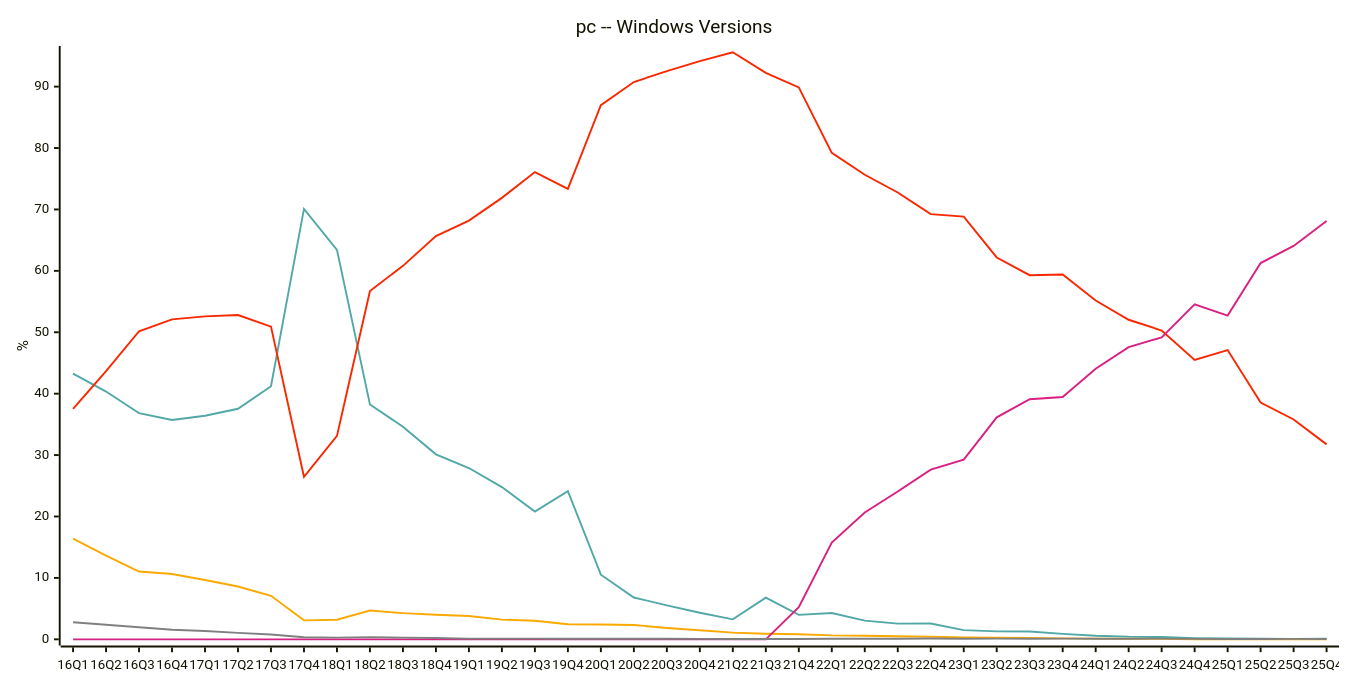
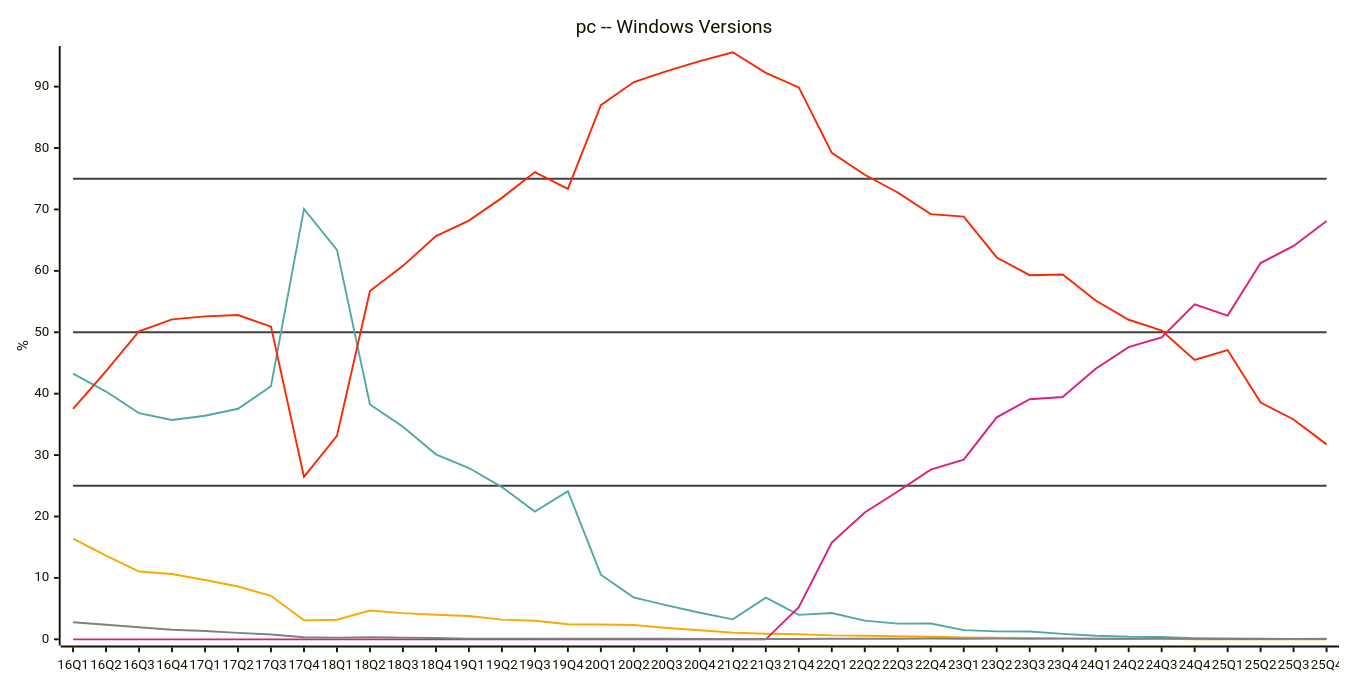
Diagram 13 of 29 in README.md (jdegene/steamHWsurvey), drawn with Mermaid before and after one commit. The commit also changed other lines of this file and 1 other file, not shown here.

````diff
--- a/README.md
+++ b/README.md
@@ -410,23 +413,26 @@
 ```mermaid
 ---
 config:
     xyChart:
         width: 1400
         height: 700
         
     themeVariables:
         xyChart:
-            plotColorPalette: "#51a8a6,#f9a900,#f92800,#d92080,#808080"
+            plotColorPalette: "#404040,#404040,#404040,#51a8a6,#f9a900,#f92800,#d92080,#808080"
 
 --- 
 
 xychart-beta
     title "pc -- Windows Versions"
     x-axis [16Q1, 16Q2, 16Q3, 16Q4, 17Q1, 17Q2, 17Q3, 17Q4, 18Q1, 18Q2, 18Q3, 18Q4, 19Q1, 19Q2, 19Q3, 19Q4, 20Q1, 20Q2, 20Q3, 20Q4, 21Q2, 21Q3, 21Q4, 22Q1, 22Q2, 22Q3, 22Q4, 23Q1, 23Q2, 23Q3, 23Q4, 24Q1, 24Q2, 24Q3, 24Q4, 25Q1, 25Q2, 25Q3, 25Q4]
     y-axis "%" 
+ line [25, 25, 25, 25, 25, 25, 25, 25, 25, 25, 25, 25, 25, 25, 25, 25, 25, 25, 25, 25, 25, 25, 25, 25, 25, 25, 25, 25, 25, 25, 25, 25, 25, 25, 25, 25, 25, 25, 25]
+ line [50, 50, 50, 50, 50, 50, 50, 50, 50, 50, 50, 50, 50, 50, 50, 50, 50, 50, 50, 50, 50, 50, 50, 50, 50, 50, 50, 50, 50, 50, 50, 50, 50, 50, 50, 50, 50, 50, 50]
+ line [75, 75, 75, 75, 75, 75, 75, 75, 75, 75, 75, 75, 75, 75, 75, 75, 75, 75, 75, 75, 75, 75, 75, 75, 75, 75, 75, 75, 75, 75, 75, 75, 75, 75, 75, 75, 75, 75, 75]
     line [43.27, 40.343333333333334, 36.843333333333334, 35.709999999999994, 36.405, 37.54666666666667, 41.20333333333333, 70.09666666666666, 63.416666666666664, 38.235, 34.63, 30.119999999999997, 27.889999999999997, 24.795, 20.8, 24.11, 10.525, 6.81, 5.54, 4.32, 3.256666666666667, 6.79, 3.9849999999999994, 4.2749999999999995, 3.043333333333333, 2.5533333333333337, 2.58, 1.4966666666666668, 1.2900000000000003, 1.2766666666666668, 0.8833333333333334, 0.5833333333333334, 0.42, 0.3766666666666667, 0.2033333333333333, 0.12333333333333335, 0.10666666666666665, 0.07666666666666667, 0.095]
     line [16.403333333333332, 13.63, 11.043333333333333, 10.636666666666667, 9.665, 8.600000000000001, 7.086666666666668, 3.093333333333333, 3.1933333333333334, 4.68, 4.266666666666667, 3.9966666666666666, 3.8033333333333337, 3.2100000000000004, 3.013333333333333, 2.46, 2.405, 2.3433333333333333, 1.8549999999999998, 1.4700000000000002, 1.0833333333333335, 0.8999999999999999, 0.835, 0.6399999999999999, 0.5766666666666667, 0.5033333333333333, 0.4266666666666666, 0.32, 0.27499999999999997, 0.22, 0.15666666666666668, 0.10666666666666665, 0.08333333333333334, 0.075, 0, 0, 0, 0, 0]
     line [37.54333333333334, 43.65666666666667, 50.15666666666667, 52.10333333333333, 52.580000000000005, 52.80666666666667, 50.913333333333334, 26.47, 33.123333333333335, 56.730000000000004, 60.81333333333333, 65.67, 68.18666666666667, 71.885, 76.07666666666667, 73.33666666666666, 86.98, 90.75333333333333, 92.52, 94.145, 95.6, 92.25, 89.875, 79.21000000000001, 75.64333333333333, 72.75666666666667, 69.23333333333333, 68.82333333333334, 62.17999999999999, 59.296666666666674, 59.4, 55.16, 52.03666666666666, 50.28666666666667, 45.51, 47.099999999999994, 38.56666666666666, 35.79999999999999, 31.745]
     line [0, 0, 0, 0, 0, 0, 0, 0, 0, 0, 0, 0, 0, 0, 0, 0, 0, 0, 0, 0, 0, 0, 5.244999999999999, 15.770000000000001, 20.65, 24.08, 27.63, 29.26, 36.150000000000006, 39.10333333333333, 39.46333333333333, 44.06, 47.57, 49.169999999999995, 54.53, 52.72, 61.26999999999999, 64.05333333333334, 68.11]
     line [2.7866666666666666, 2.37, 1.9633333333333332, 1.55, 1.345, 1.0466666666666666, 0.7966666666666667, 0.3433333333333333, 0.27666666666666667, 0.355, 0.27666666666666667, 0.2133333333333333, 0.11666666666666668, 0.10999999999999999, 0.10666666666666667, 0.09000000000000001, 0.1, 0.09666666666666665, 0.085, 0.06999999999999999, 0.05333333333333332, 0.06, 0.06, 0.1, 0.08666666666666667, 0.1, 0.12666666666666665, 0.09333333333333334, 0.10999999999999999, 0.1, 0.10666666666666667, 0.08666666666666667, 0.08, 0.11666666666666668, 0.06666666666666667, 0.05666666666666666, 0.05333333333333332, 0.07333333333333332, 0.05]
 ``` 
````
